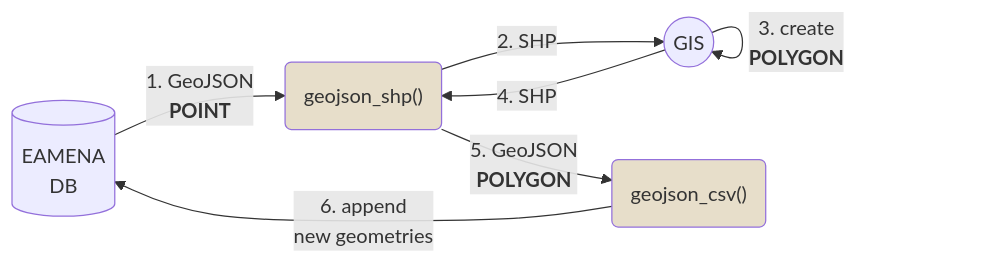
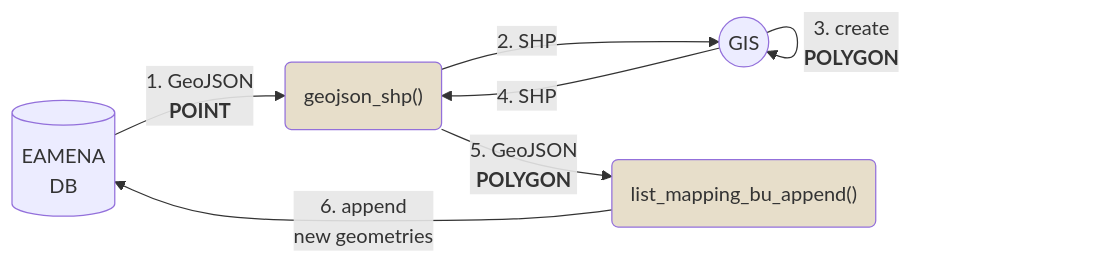
One commit to eamena-project/eamenaR changed the fifth of 5 diagrams in README.md. Above: the diagram before and after it, drawn with Mermaid. The commit also changed other lines of this file, not shown here.

````diff
--- a/README.md
+++ b/README.md
@@ -986,10 +1004,10 @@
 ```mermaid
 flowchart LR
     A[(EAMENA<br>DB)] --1. GeoJSON<br><b>POINT</b>--> E("geojson_shp()"):::eamenaRfunction;
     E --2. SHP--> F((GIS));
     F --3. create<br><b>POLYGON</b>--> F;
     F --4. SHP--> E;
-    E --5. GeoJSON<br><b>POLYGON</b>--> D("geojson_csv()"):::eamenaRfunction;
+    E --5. GeoJSON<br><b>POLYGON</b>--> D("list_mapping_bu_append()"):::eamenaRfunction;
     D --6. append<br>new geometries--> A;
     classDef eamenaRfunction fill:#e7deca;
 ```
````
